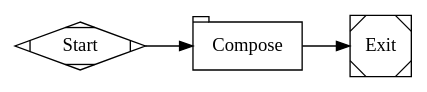
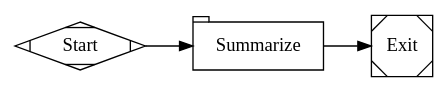
Before and after one commit to happybigmtn/raspberry: the first of 6 diagrams in skills/fabro-create-workflow/references/example-workflows.md, drawn with Graphviz. The commit also changed other lines of this file and 75 other files, not shown here.

````diff
--- a/skills/fabro-create-workflow/references/example-workflows.md
+++ b/skills/fabro-create-workflow/references/example-workflows.md
@@ -9,13 +10,13 @@
 ```dot
 digraph Hello {
-    graph [goal="Write a haiku about software workflows"]
+    graph [goal="Write a short project summary"]
     rankdir=LR
 
     start [shape=Mdiamond, label="Start"]
     exit  [shape=Msquare, label="Exit"]
 
-    compose [label="Compose", prompt="Write a haiku (5-7-5 syllable) about software workflows. Output only the haiku, nothing else.", shape=tab, reasoning_effort="low"]
+    summarize [shape=tab, label="Summarize", prompt="Summarize the repository."]
 
-    start -> compose -> exit
+    start -> summarize -> exit
 }
 ```
````
